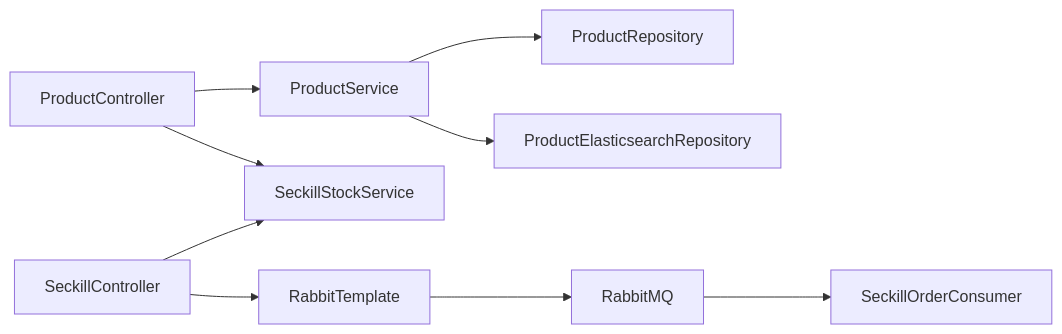
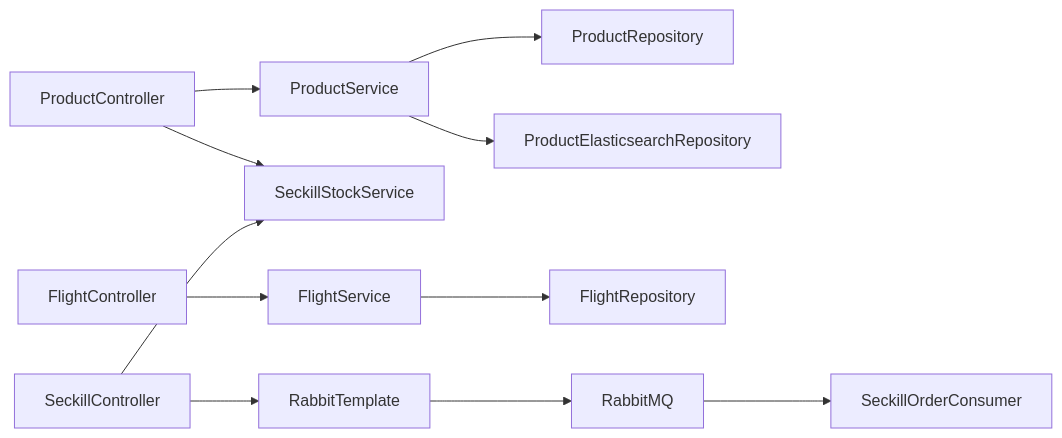
Before and after one commit to haohailiang/qoder-fullstack: diagram 13 of 13 in .qoder/repowiki/zh/content/后端架构设计/商品服务/商品服务.md, drawn with Mermaid. The commit also changed other lines of this file and 45 other files, not shown here.

````diff
--- a/.qoder/repowiki/zh/content/后端架构设计/商品服务/商品服务.md
+++ b/.qoder/repowiki/zh/content/后端架构设计/商品服务/商品服务.md
@@ -393,11 +530,13 @@
 ```mermaid
 graph LR
 PC["ProductController"] --> PS["ProductService"]
 PC --> SS["SeckillStockService"]
+FC["FlightController"] --> FS["FlightService"]
 PS --> PR["ProductRepository"]
 PS --> ER["ProductElasticsearchRepository"]
+FS --> FR["FlightRepository"]
 SC["SeckillController"] --> SS
 SC --> RT["RabbitTemplate"]
 RT --> MQ["RabbitMQ"]
 MQ --> OC["SeckillOrderConsumer"]
 ```
````
